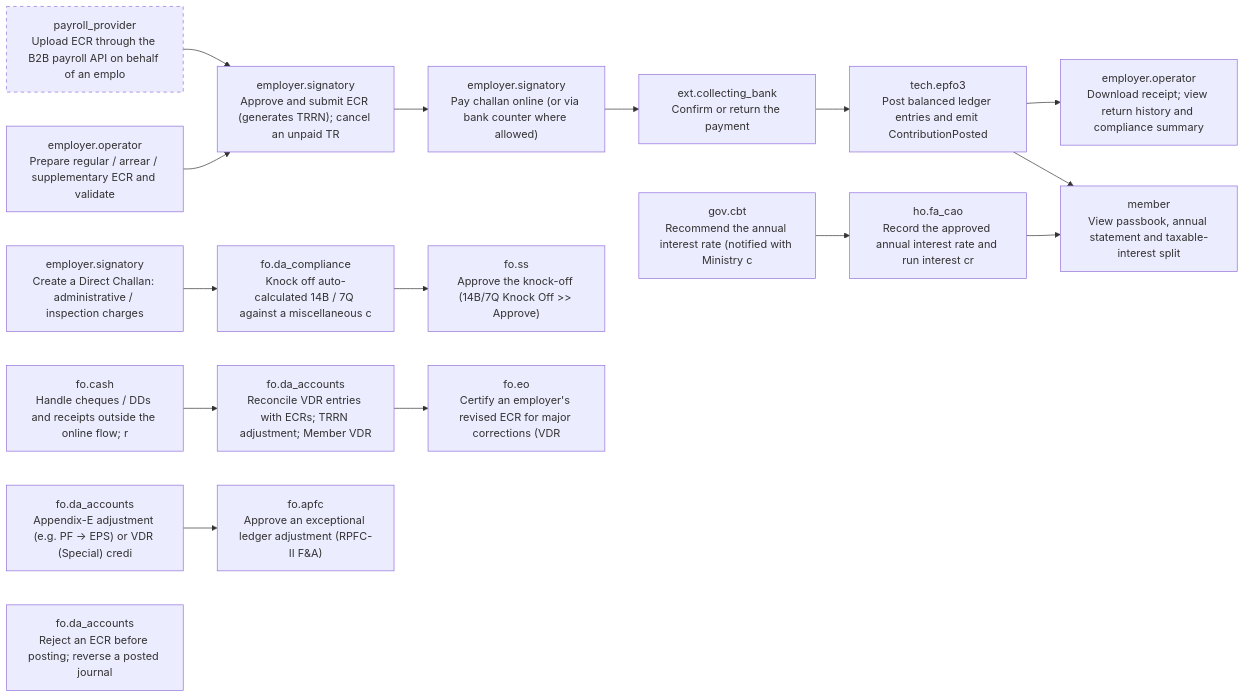
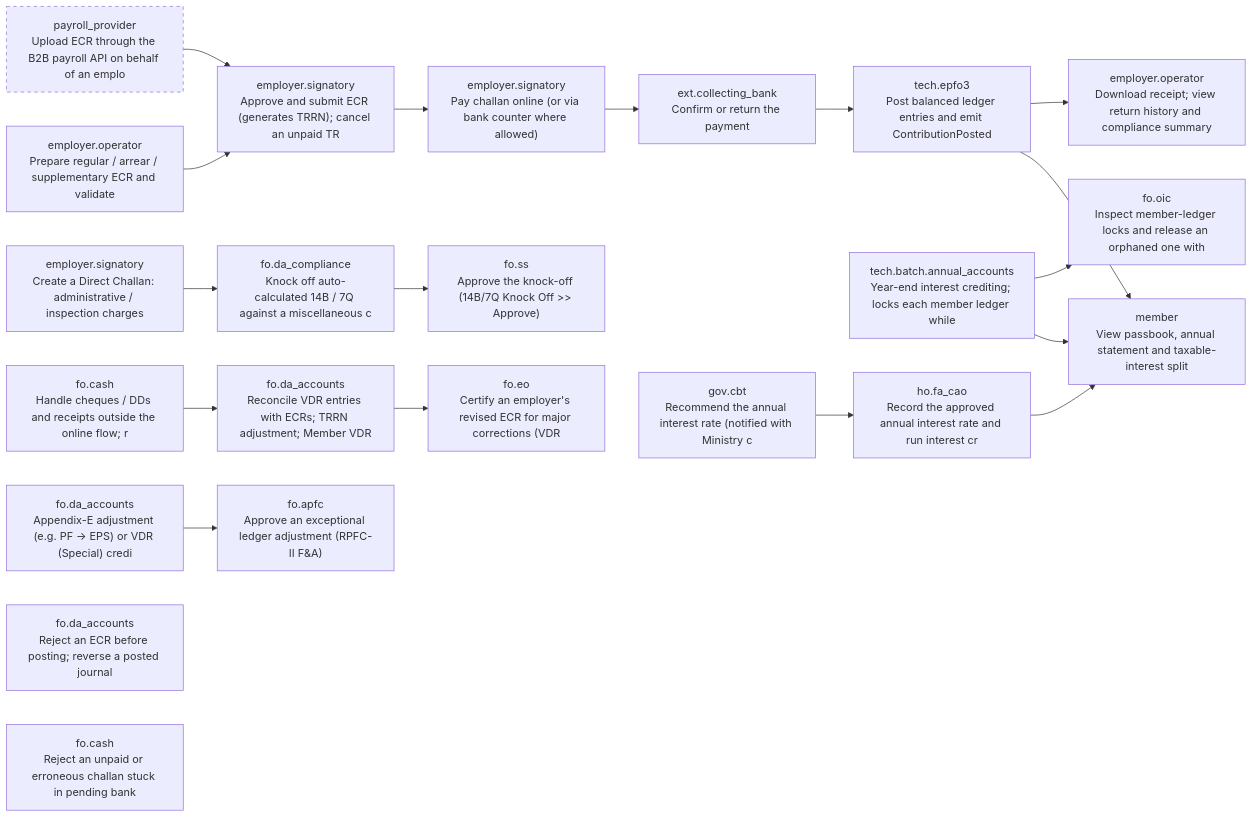
Before and after one commit to gauravmeena0708/pf-life: the third of 14 diagrams in docs/stakeholder-api-sets.md, drawn with Mermaid. The commit also changed other lines of this file and 23 other files, not shown here.

````diff
--- a/docs/stakeholder-api-sets.md
+++ b/docs/stakeholder-api-sets.md
@@ -1286,37 +1345,42 @@
 ```mermaid
 flowchart LR
   F03_ecr_prepare["employer.operator<br/>Prepare regular / arrear / supplementary ECR and validate"]
   F03_b2b_upload["payroll_provider<br/>Upload ECR through the B2B payroll API on behalf of an emplo"]
   style F03_b2b_upload stroke-dasharray: 5 5
   F03_ecr_approve["employer.signatory<br/>Approve and submit ECR (generates TRRN); cancel an unpaid TR"]
   F03_pay["employer.signatory<br/>Pay challan online (or via bank counter where allowed)"]
   F03_bank_confirm["ext.collecting_bank<br/>Confirm or return the payment"]
   F03_post["tech.epfo3<br/>Post balanced ledger entries and emit ContributionPosted"]
   F03_receipt["employer.operator<br/>Download receipt; view return history and compliance summary"]
   F03_passbook["member<br/>View passbook, annual statement and taxable-interest split"]
   F03_direct_challan["employer.signatory<br/>Create a Direct Challan: administrative / inspection charges"]
   F03_knock_off["fo.da_compliance<br/>Knock off auto-calculated 14B / 7Q against a miscellaneous c"]
   F03_knock_off_approve["fo.ss<br/>Approve the knock-off (14B/7Q Knock Off >> Approve)"]
   F03_receipts["fo.cash<br/>Handle cheques / DDs and receipts outside the online flow; r"]
   F03_vdr_reconcile["fo.da_accounts<br/>Reconcile VDR entries with ECRs; TRRN adjustment; Member VDR"]
   F03_eo_certify["fo.eo<br/>Certify an employer's revised ECR for major corrections (VDR"]
   F03_ledger_exception["fo.da_accounts<br/>Appendix-E adjustment (e.g. PF → EPS) or VDR (Special) credi"]
   F03_ledger_exception_approve["fo.apfc<br/>Approve an exceptional ledger adjustment (RPFC-II F&A)"]
   F03_ecr_reject["fo.da_accounts<br/>Reject an ECR before posting; reverse a posted journal"]
+  F03_payment_reject["fo.cash<br/>Reject an unpaid or erroneous challan stuck in pending bank "]
+  F03_annual_batch["tech.batch.annual_accounts<br/>Year-end interest crediting; locks each member ledger while "]
   F03_interest["ho.fa_cao<br/>Record the approved annual interest rate and run interest cr"]
   F03_interest_rate["gov.cbt<br/>Recommend the annual interest rate (notified with Ministry c"]
   F03_ecr_prepare --> F03_ecr_approve
   F03_b2b_upload --> F03_ecr_approve
   F03_ecr_approve --> F03_pay
   F03_pay --> F03_bank_confirm
   F03_bank_confirm --> F03_post
   F03_post --> F03_passbook
   F03_post --> F03_receipt
   F03_direct_challan --> F03_knock_off
   F03_knock_off --> F03_knock_off_approve
   F03_receipts --> F03_vdr_reconcile
   F03_vdr_reconcile --> F03_eo_certify
   F03_ledger_exception --> F03_ledger_exception_approve
+  F03_annual_batch --> F03_passbook
+  F04_lock_admin["fo.oic<br/>Inspect member-ledger locks and release an orphaned one with"]
+  F03_annual_batch --> F04_lock_admin
   F03_interest --> F03_passbook
   F03_interest_rate --> F03_interest
 ```
````
